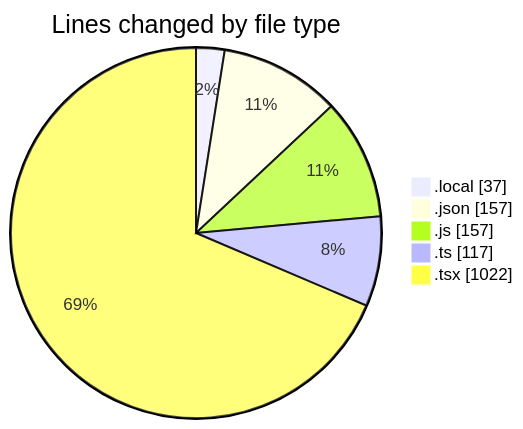
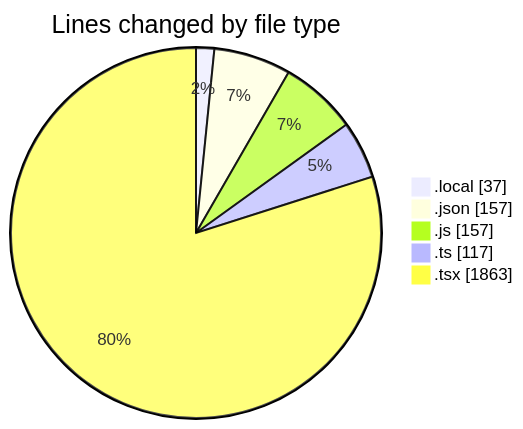
Before and after one commit to becaeroporto-bot/code-tracking: the first of 2 diagrams in 2026-02-17/id_ia/README.md, drawn with Mermaid. The commit also changed other lines of this file and 1 other file, not shown here.

````diff
--- a/2026-02-17/id_ia/README.md
+++ b/2026-02-17/id_ia/README.md
@@ -31,9 +38,9 @@
 ```mermaid
 pie showData
 title Lines changed by file type
 ".local" : 37
 ".json" : 157
 ".js" : 157
 ".ts" : 117
-".tsx" : 1022
+".tsx" : 1863
 ```
````
